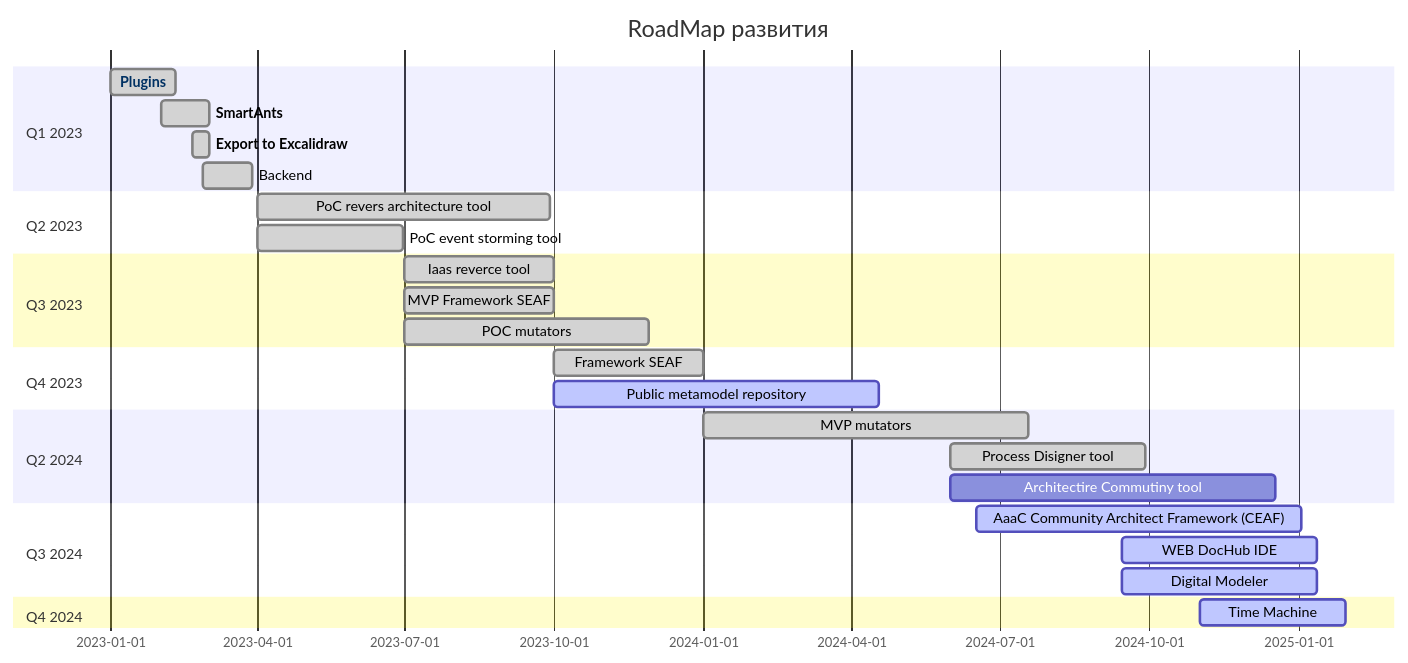
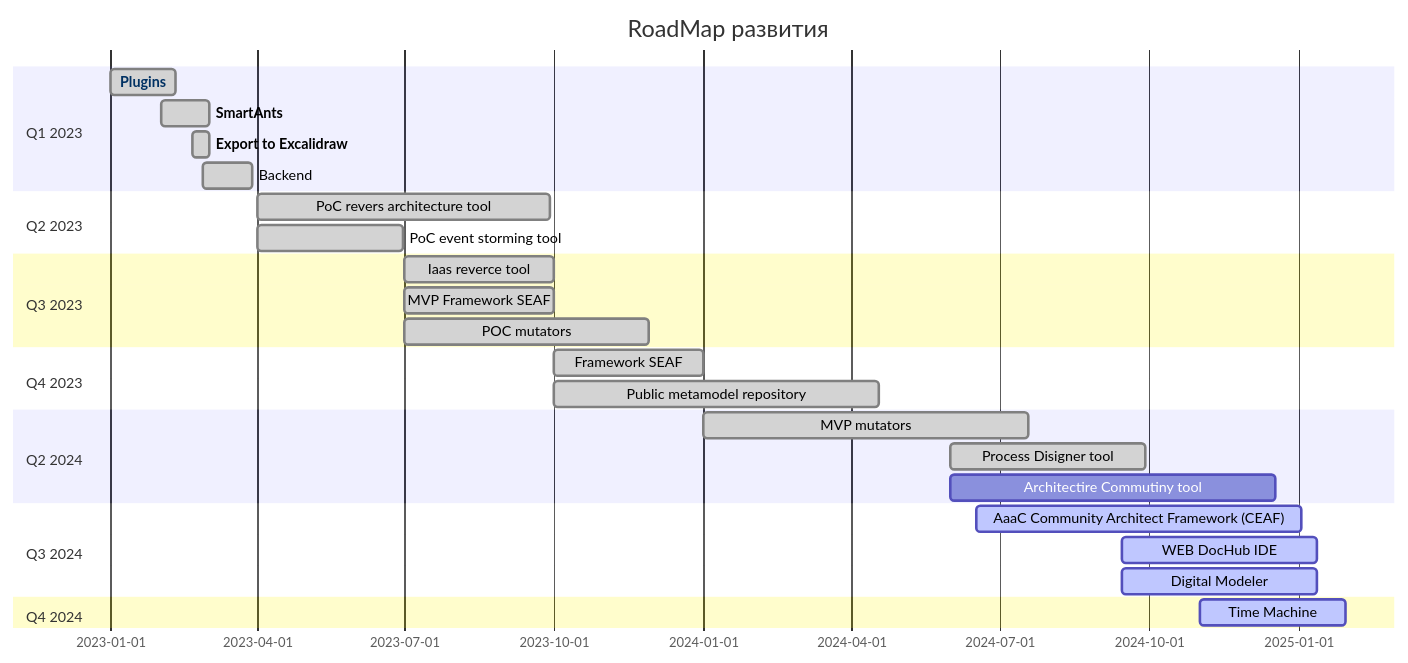
Before and after one commit to vlad-markin/DocHub: the diagram in README.md, drawn with Mermaid.

Commit message:
Update roadmap

````diff
--- a/README.md
+++ b/README.md
@@ -44,34 +44,34 @@
 ```mermaid
 gantt
     title RoadMap развития
     dateFormat  YYYY-MM
     section Q1 2023
         Plugins                      :done, plugins, 2023-01-01, 40d
         SmartAnts                    :done, smartants, 2023-02-01, 30d
         Export to Excalidraw         :done, exportexc, 2023-02-20, 11d
         Backend                      :done, 2023-02-27, 30d
     section Q2 2023
         PoC revers architecture tool    :done, 2023-04-01, 180d
         PoC event storming tool         :done, 2023-04-01, 90d
     section Q3 2023
         Iaas reverce tool           :done, 2023-07-01, 92d
         MVP Framework SEAF          :done, 2023-07-01, 92d
         POC mutators                :done, 2023-07-01, 150d
     section Q4 2023
         Framework SEAF              :done, 2023-10-01, 92d
-        Public metamodel repository :active, 2023-10-01, 200d
+        Public metamodel repository :done, 2023-10-01, 200d
     section Q2 2024
         MVP mutators                :done, 2024-01-01, 200d
         Process Disigner tool       :done, 2024-06-01, 120d
         Architectire Commutiny tool :2024-06-01, 200d
     section Q3 2024
         AaaC Community Architect Framework (CEAF)   :active, 2024-06-17, 200d
         WEB DocHub IDE                              :active, 2024-09-14, 120d
         Digital Modeler                             :active, 2024-09-14, 120d
     section Q4 2024
         Time Machine                :active, 2024-11-01, 90d
 
 click plugins href "https://dochub.info/docs/dochub.plugins.intro"
 click smartants href "https://dochub.info/docs/dochub.smartants"
 click exportexc href "https://dochub.info/docs/dochub.smartants#%D0%BF%D1%80%D0%BE%D1%81%D1%82%D0%B5%D0%B9%D1%88%D0%B5%D0%B5-%D0%BF%D1%80%D0%B5%D0%B4%D1%81%D1%82%D0%B0%D0%B2%D0%BB%D0%B5%D0%BD%D0%B8%D0%B5"
 ```
````
